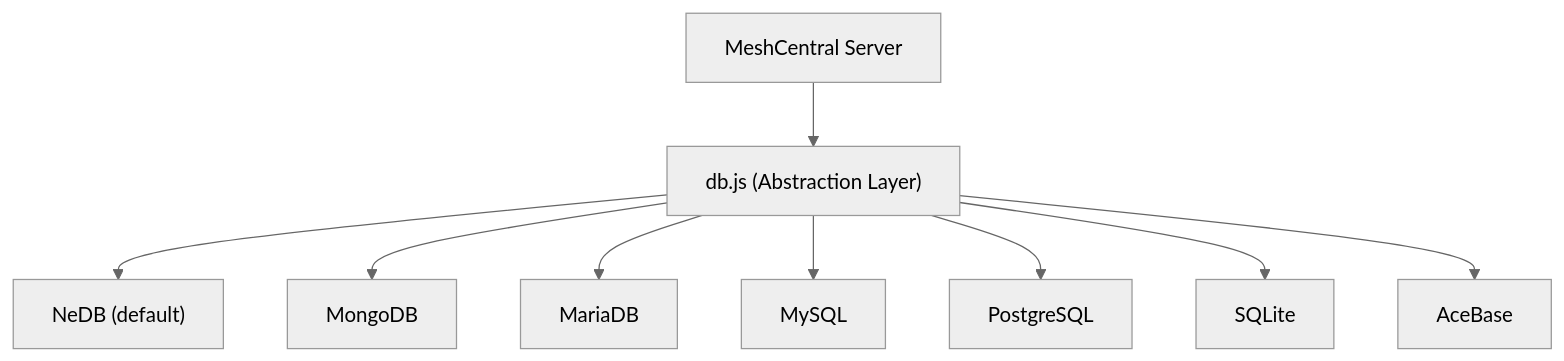
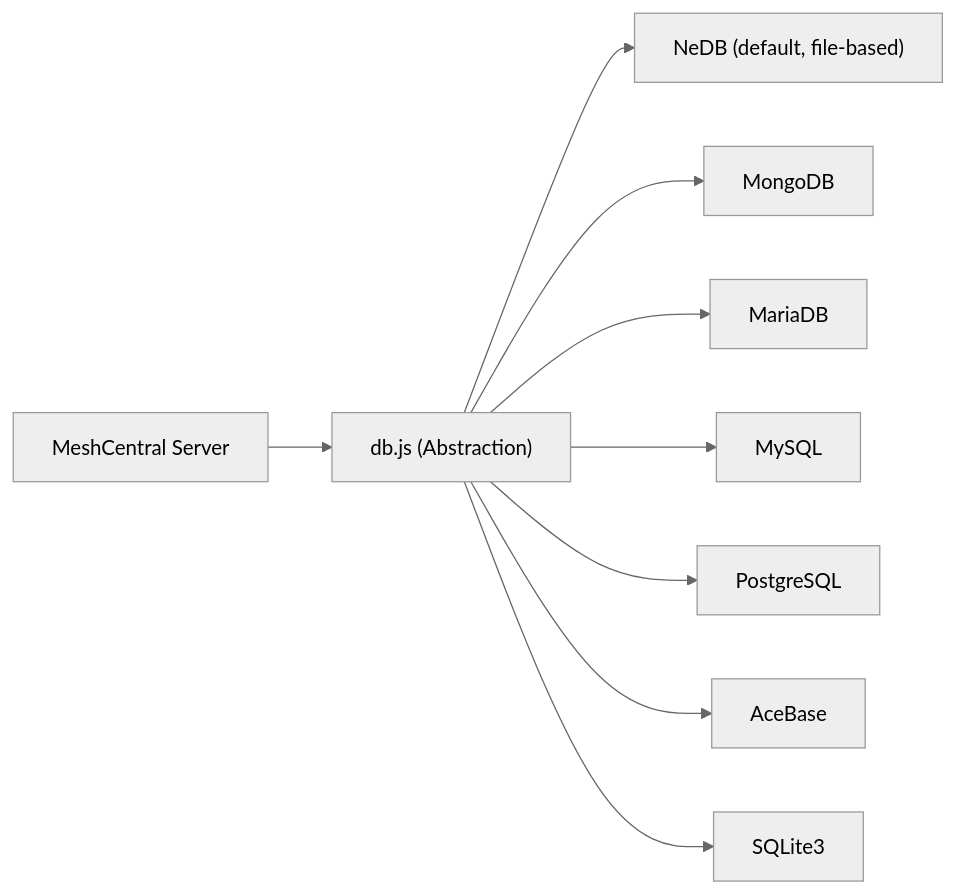
Before and after one commit to flamingo-stack/meshcentral: the fifth of 5 diagrams in docs/development/architecture/README.md, drawn with Mermaid (neutral theme). The commit also changed other lines of this file and 8 other files, not shown here.

````diff
--- a/docs/development/architecture/README.md
+++ b/docs/development/architecture/README.md
@@ -177,21 +188,12 @@
 ```mermaid
-flowchart TD
-    App["MeshCentral Server"]
-    DB["db.js (Abstraction Layer)"]
-    NeDB["NeDB (default)"]
-    MongoDB["MongoDB"]
-    MariaDB["MariaDB"]
-    MySQL["MySQL"]
-    PostgreSQL["PostgreSQL"]
-    SQLite["SQLite"]
-    AceBase["AceBase"]
+flowchart LR
+    App["MeshCentral Server"] --> DB["db.js (Abstraction)"]
 
-    App --> DB
-    DB --> NeDB
-    DB --> MongoDB
-    DB --> MariaDB
-    DB --> MySQL
-    DB --> PostgreSQL
-    DB --> SQLite
-    DB --> AceBase
+    DB --> NeDB["NeDB (default, file-based)"]
+    DB --> MongoDB["MongoDB"]
+    DB --> MariaDB["MariaDB"]
+    DB --> MySQL["MySQL"]
+    DB --> PostgreSQL["PostgreSQL"]
+    DB --> AceBase["AceBase"]
+    DB --> SQLite["SQLite3"]
 ```
````
